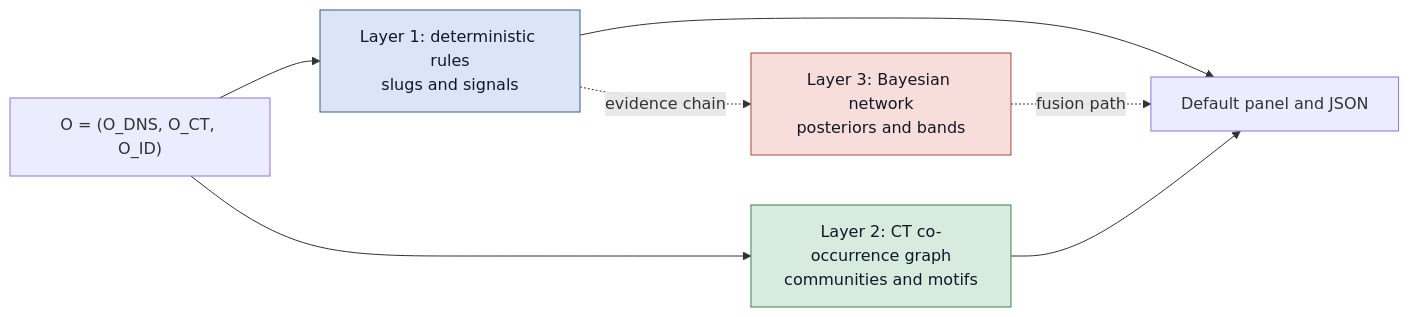
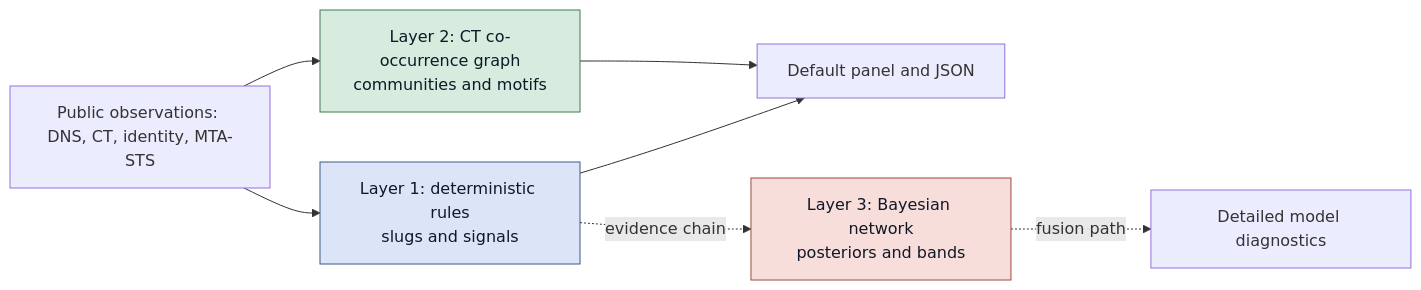
The first of 3 diagrams in docs/correlation.md (blisspixel/recon), drawn with Mermaid before and after one commit. The commit also changed other lines of this file and 4 other files, not shown here.

````diff
--- a/docs/correlation.md
+++ b/docs/correlation.md
@@ -159,17 +173,17 @@
 ```mermaid
 flowchart LR
-  obs["O = (O_DNS, O_CT, O_ID)"]
+  obs["Public observations: DNS, CT, identity, MTA-STS"]
   obs --> rules["Layer 1: deterministic rules<br/>slugs and signals"]
   rules --> panel["Default panel and JSON"]
   obs --> graphL["Layer 2: CT co-occurrence graph<br/>communities and motifs"]
   graphL --> panel
   rules -. "evidence chain" .-> bn["Layer 3: Bayesian network<br/>posteriors and bands"]
-  bn -. "fusion path" .-> panel
+  bn -. "fusion path" .-> diagnostics["Detailed model diagnostics"]
 
   classDef det fill:#dbe5f7,stroke:#3c5a8c,stroke-width:1px,color:#101828
   classDef cooccurrence fill:#d7ecdf,stroke:#3f7d55,stroke-width:1px,color:#101828
   classDef bayes fill:#f8dedb,stroke:#a04a3f,stroke-width:1px,color:#101828
   class rules det
   class graphL cooccurrence
   class bn bayes
 ```
````
